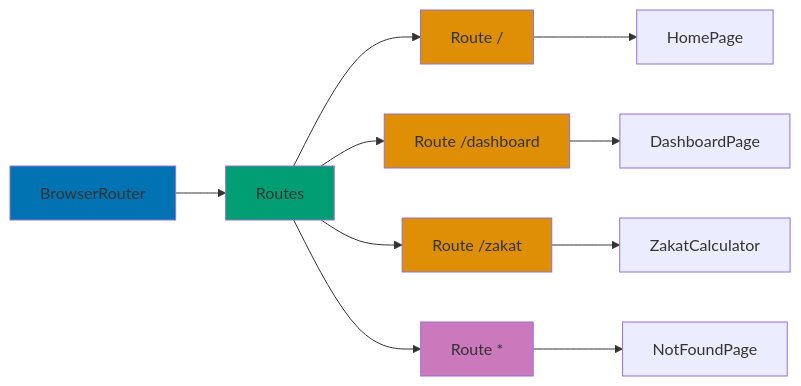
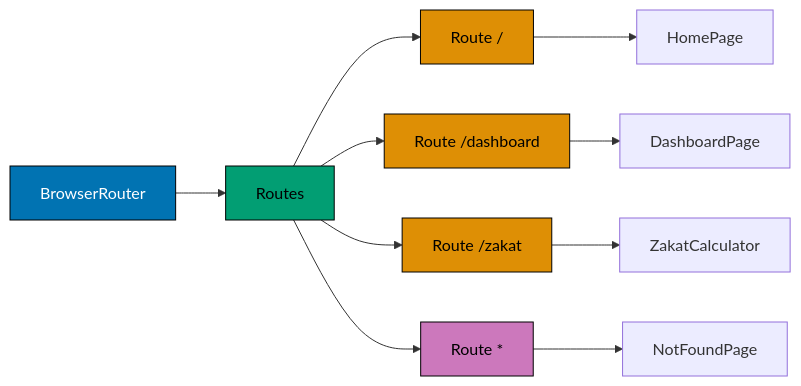
One commit to wahidyankf/ose-public changed the first of 2 diagrams in docs/explanation/software-engineering/platform-web/tools/fe-react/routing.md. Above: the diagram before and after it, drawn with Mermaid. The commit also changed other lines of this file and 57 other files, not shown here.

First line of the commit message:
docs(diagrams): make docs diagrams accessible

````diff
--- a/docs/explanation/software-engineering/platform-web/tools/fe-react/routing.md
+++ b/docs/explanation/software-engineering/platform-web/tools/fe-react/routing.md
@@ -71,23 +71,27 @@
 ```mermaid
 %% Color Palette: Blue #0173B2, Orange #DE8F05, Teal #029E73, Purple #CC78BC
 %% All colors are color-blind friendly and meet WCAG AA contrast standards
 
 graph LR
+    accTitle: Route Hierarchy
+    accDescr: BrowserRouter leads to Routes; Routes leads to Route /; Routes leads to Route /dashboard; Routes leads to Route /zakat; Routes leads to Route *; Route / leads to HomePage; Route /dashboard leads to DashboardPage; and 2 more links.
     A[BrowserRouter] --> B[Routes]
     B --> C[Route /]
     B --> D[Route /dashboard]
     B --> E[Route /zakat]
     B --> G[Route *]
 
     C --> H[HomePage]
     D --> I[DashboardPage]
     E --> J[ZakatCalculator]
     G --> L[NotFoundPage]
 
-    style A fill:#0173B2
-    style B fill:#029E73
-    style C fill:#DE8F05
-    style D fill:#DE8F05
-    style E fill:#DE8F05
-    style G fill:#CC78BC
+    classDef blue fill:#0173B2,stroke:#000000,color:#FFFFFF
+    classDef teal fill:#029E73,stroke:#000000,color:#000000
+    classDef orange fill:#DE8F05,stroke:#000000,color:#000000
+    classDef purple fill:#CC78BC,stroke:#000000,color:#000000
+    class A blue
+    class B teal
+    class C,D,E orange
+    class G purple
 ```
````
